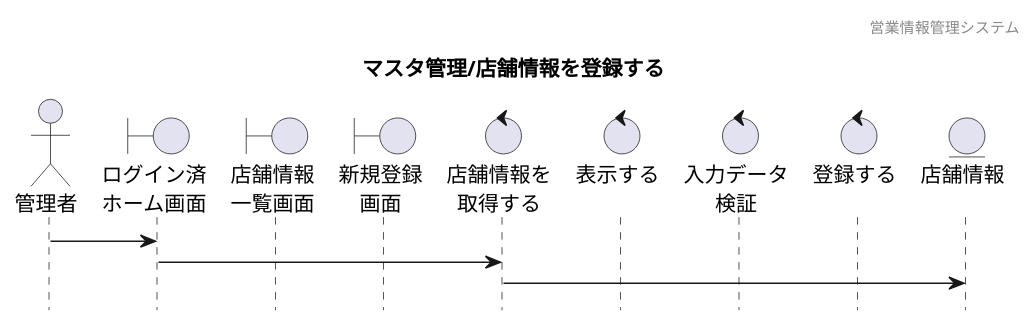
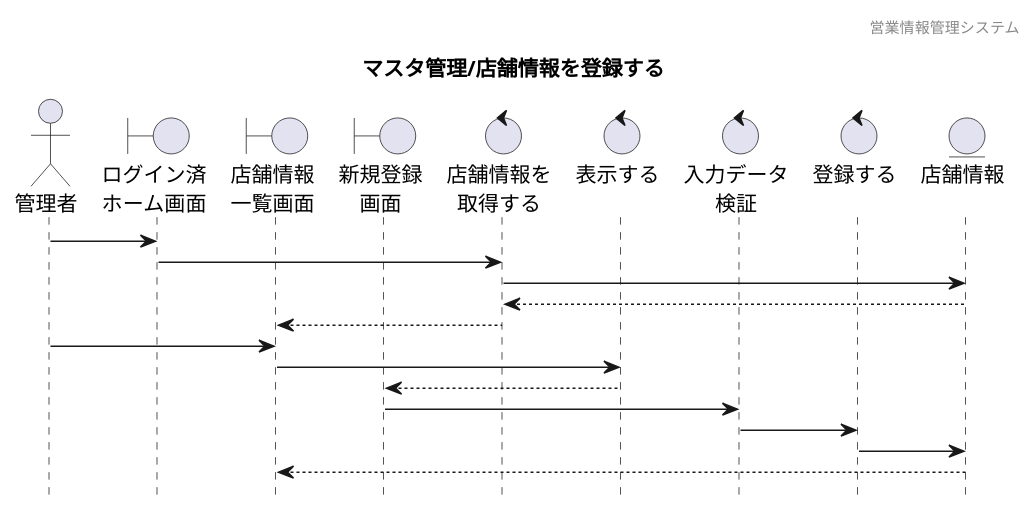
Before and after one commit to HaruShim/Sotuken: the diagram in 各種設計書/4シーケンス図/マスタ管理/店舗情報管理_登録.plantuml, drawn with PlantUML.

```diff
--- a/各種設計書/4シーケンス図/マスタ管理/店舗情報管理_登録.plantuml
+++ b/各種設計書/4シーケンス図/マスタ管理/店舗情報管理_登録.plantuml
@@ -1,34 +1,44 @@
 @startuml sequence
 
 hide footbox
 header 営業情報管理システム
 title マスタ管理/店舗情報を登録する
 
 ' actor "" as 
 actor "管理者" as a1
 ' boundary "" as
 boundary "ログイン済\nホーム画面" as b1
 boundary "店舗情報\n一覧画面" as b2
 boundary "新規登録\n画面" as b3
 ' control "" as 
 control "店舗情報を\n取得する" as c1
 control "表示する\n" as c2
 control "入力データ\n検証" as c3
 control "登録する\n" as c4
 ' entity "" as
 entity "店舗情報\n" as e1
 
 ' ログイン済みホーム画面から一覧表示までのシーケンス
 ' activate a1
 a1 -> b1 : 
 ' activate b1
 ' b1 -> c1 : ｢従業員情報マスタ｣を押下する
 b1 -> c1
 ' deactivate
 ' activate c1
 
 c1 -> e1
 ' activate e1
+e1 --> c1
+c1 --> b2
+
+a1 -> b2
+b2 -> c2
+c2 --> b3
+b3 -> c3
+c3 -> c4
+c4 -> e1
+e1 --> b2
 
 
 @enduml
```
